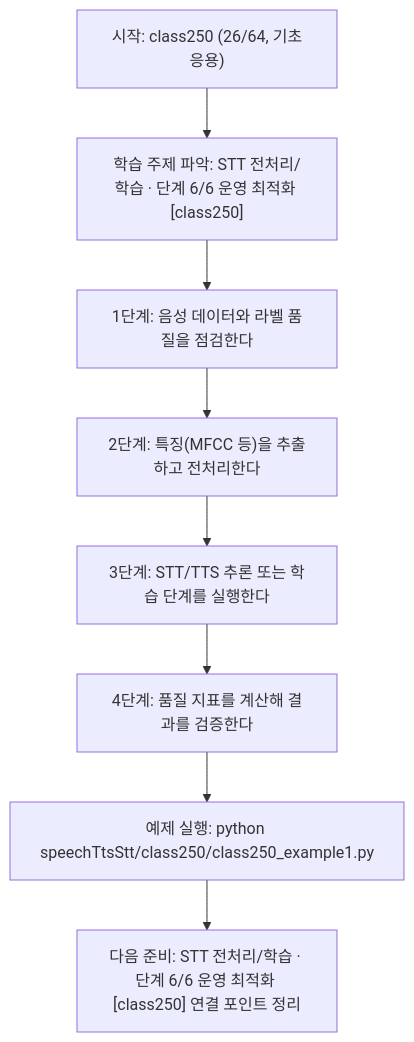
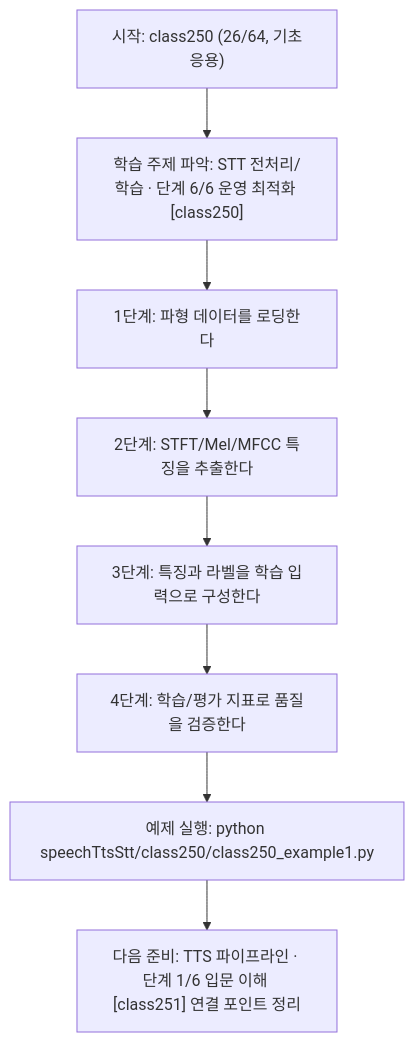
One commit to edumgt/Python-AI_Agent-Class changed the diagram in speechTtsStt/class250/class250.md. Above: the diagram before and after it, drawn with Mermaid. The commit also changed other lines of this file and 1122 other files, not shown here.

````diff
--- a/speechTtsStt/class250/class250.md
+++ b/speechTtsStt/class250/class250.md
@@ -114,18 +95,18 @@
 ```mermaid
 flowchart TD
 N1["시작: class250 (26/64, 기초응용)"]
 N2["학습 주제 파악: STT 전처리/학습 · 단계 6/6 운영 최적화 [class250]"]
-N3["1단계: 음성 데이터와 라벨 품질을 점검한다"]
-N4["2단계: 특징(MFCC 등)을 추출하고 전처리한다"]
-N5["3단계: STT/TTS 추론 또는 학습 단계를 실행한다"]
-N6["4단계: 품질 지표를 계산해 결과를 검증한다"]
+N3["1단계: 파형 데이터를 로딩한다"]
+N4["2단계: STFT/Mel/MFCC 특징을 추출한다"]
+N5["3단계: 특징과 라벨을 학습 입력으로 구성한다"]
+N6["4단계: 학습/평가 지표로 품질을 검증한다"]
 N7["예제 실행: python speechTtsStt/class250/class250_example1.py"]
-N8["다음 준비: STT 전처리/학습 · 단계 6/6 운영 최적화 [class250] 연결 포인트 정리"]
+N8["다음 준비: TTS 파이프라인 · 단계 1/6 입문 이해 [class251] 연결 포인트 정리"]
 N1 --> N2
 N2 --> N3
 N3 --> N4
 N4 --> N5
 N5 --> N6
 N6 --> N7
 N7 --> N8
 ```
````
